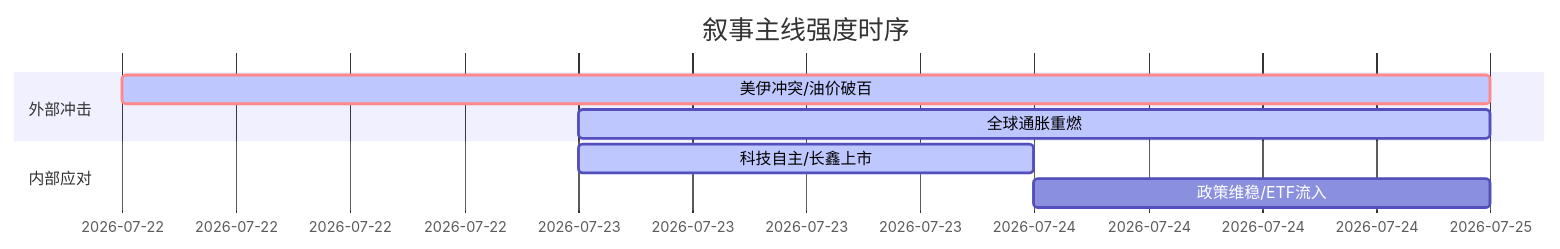
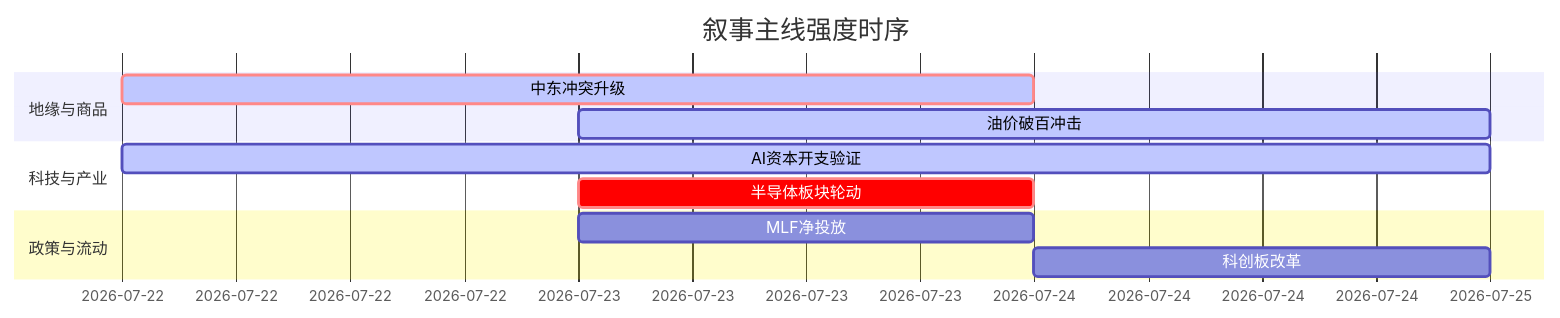
One commit to uu5zn/uu5zn.github.io changed the diagram in 5day_report.md. Above: the diagram before and after it, drawn with Mermaid. The commit also changed other lines of this file and 24 other files, not shown here.

````diff
--- a/5day_report.md
+++ b/5day_report.md
@@ -54,12 +53,16 @@
 ```mermaid
 gantt
     title 叙事主线强度时序
-    dateFormat  YYYY-MM-DD
-    section 外部冲击
-    美伊冲突/油价破百   :crit, active, 2026-07-22, 3d
-    全球通胀重燃       :active, 2026-07-23, 2d
+    dateFormat YYYY-MM-DD
+    section 地缘与商品
+    中东冲突升级   :crit, active, 2026-07-22, 2d
+    油价破百冲击   :active, 2026-07-23, 2d
     
-    section 内部应对
-    科技自主/长鑫上市   :active, 2026-07-23, 1d
-    政策维稳/ETF流入   :2026-07-24, 1d
+    section 科技与产业
+    AI资本开支验证 :active, 2026-07-22, 3d
+    半导体板块轮动 :crit, 2026-07-23, 1d
+    
+    section 政策与流动
+    MLF净投放      :2026-07-23, 1d
+    科创板改革     :2026-07-24, 1d
 ```
````
